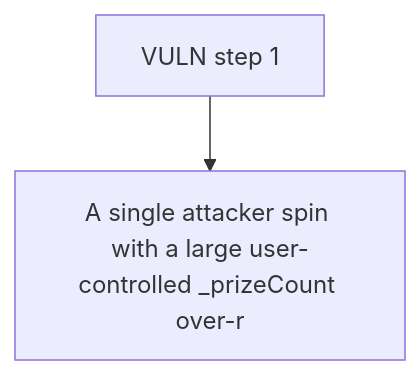
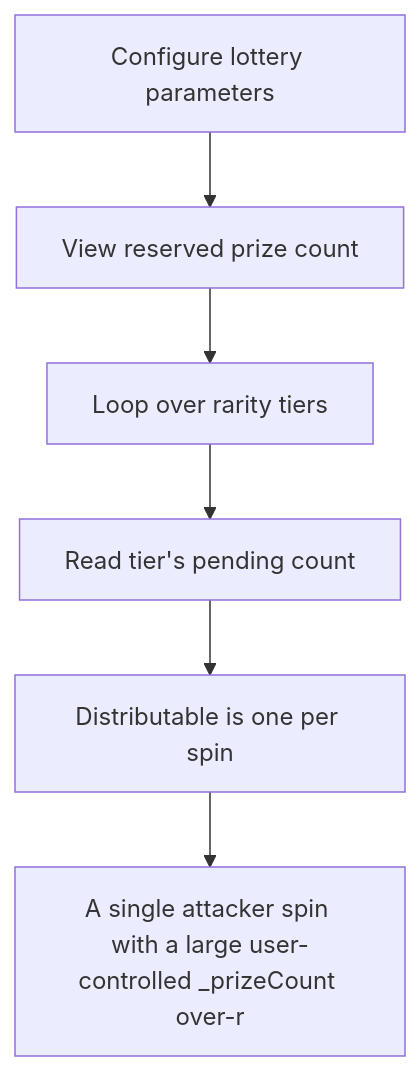
The diagram in 62543-h-06-incorrect-pendingcounts-calculation-pashov-audit-group_exp/62543-h-06-incorrect-pendingcounts-calculation-pashov-audit-group_exp.md (sanbir/evm-hack-registry), drawn with Mermaid before and after one commit. The commit also changed other lines of this file and 79 other files, not shown here.

````diff
--- a/62543-h-06-incorrect-pendingcounts-calculation-pashov-audit-group_exp/62543-h-06-incorrect-pendingcounts-calculation-pashov-audit-group_exp.md
+++ b/62543-h-06-incorrect-pendingcounts-calculation-pashov-audit-group_exp/62543-h-06-incorrect-pendingcounts-calculation-pashov-audit-group_exp.md
@@ -28,6 +28,14 @@
 ```mermaid
 flowchart TD
-  S0["VULN step 1"]
+  S0["Configure lottery parameters"]
+  S1["View reserved prize count"]
+  S2["Loop over rarity tiers"]
+  S3["Read tier's pending count"]
+  S4["Distributable is one per spin"]
   H["A single attacker spin with a large user-controlled _prizeCount over-r"]
-  S0 --> H
+  S0 --> S1
+  S1 --> S2
+  S2 --> S3
+  S3 --> S4
+  S4 --> H
 ```
````
